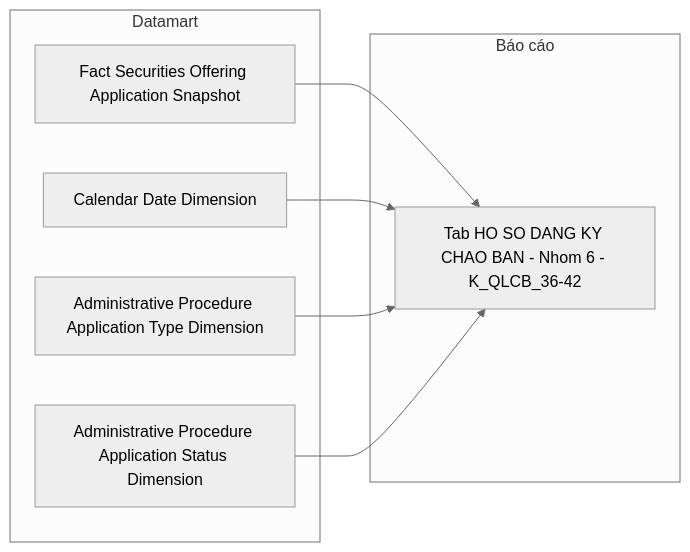
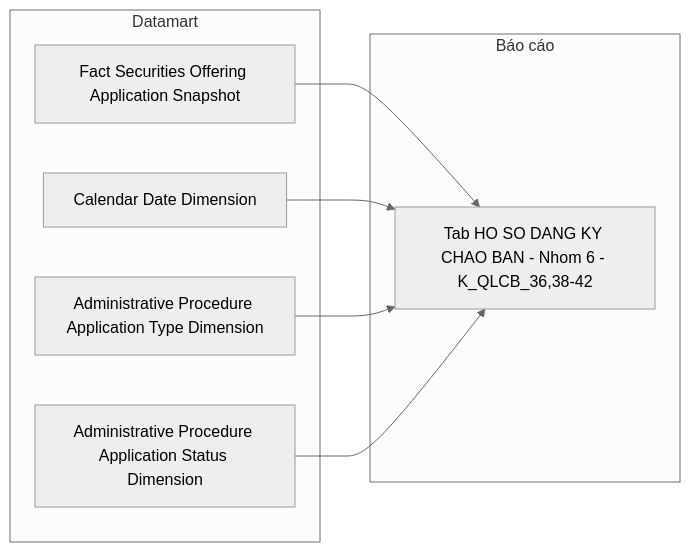
One commit to linhlvit/ubck_atomic_design changed diagram 17 of 22 in Datamart/hld/DTM_QLCB_HLD.md. Above: the diagram before and after it, drawn with Mermaid (neutral theme). The commit also changed other lines of this file and 10 other files, not shown here.

````diff
--- a/Datamart/hld/DTM_QLCB_HLD.md
+++ b/Datamart/hld/DTM_QLCB_HLD.md
@@ -949,16 +970,16 @@
 ```mermaid
 flowchart LR
     subgraph Datamart["Datamart"]
         G1["Fact Securities Offering Application Snapshot"]
         G2["Calendar Date Dimension"]
         G3["Administrative Procedure Application Type Dimension"]
         G4["Administrative Procedure Application Status Dimension"]
     end
     subgraph RPT["Báo cáo"]
-        R6["Tab HO SO DANG KY CHAO BAN - Nhom 6 - K_QLCB_36-42"]
+        R6["Tab HO SO DANG KY CHAO BAN - Nhom 6 - K_QLCB_36,38-42"]
     end
     G1 --> R6
     G2 --> R6
     G3 --> R6
     G4 --> R6
 ```
````
